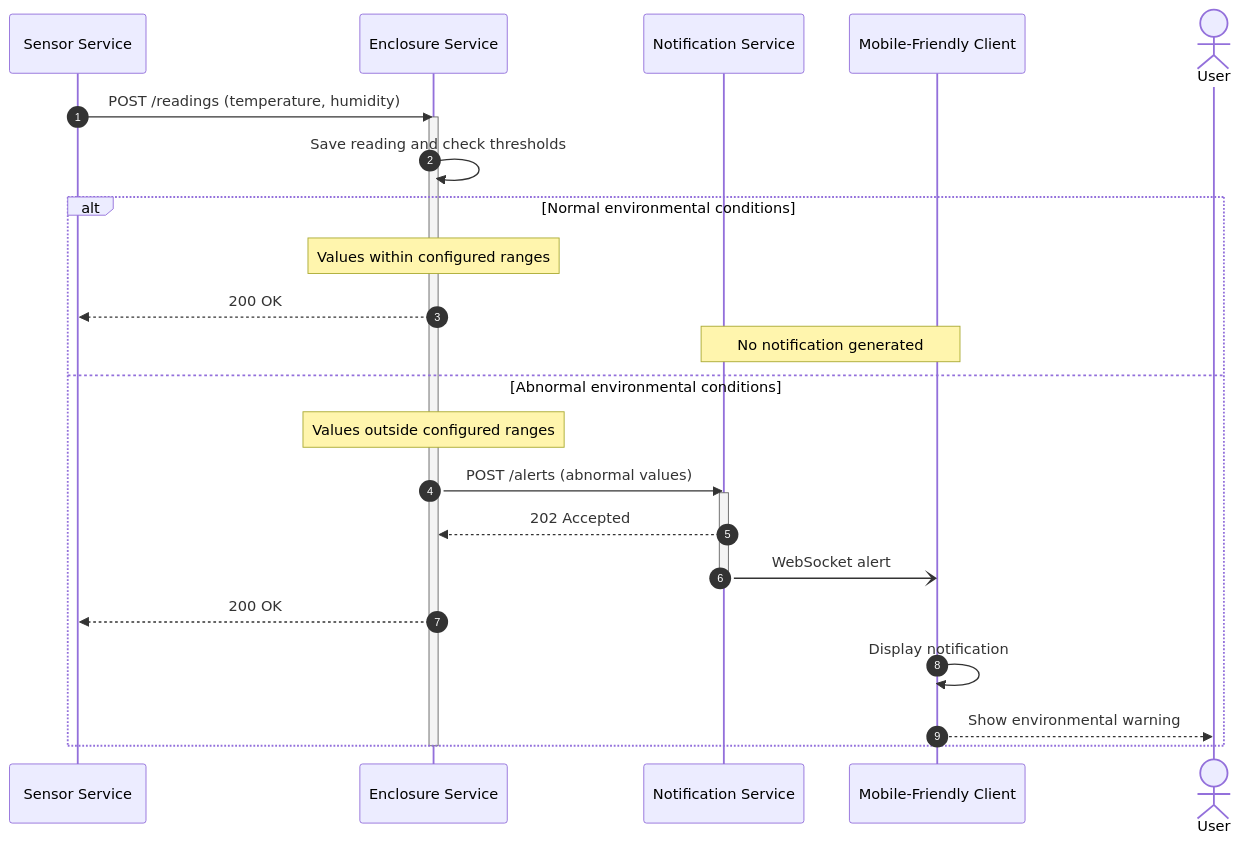
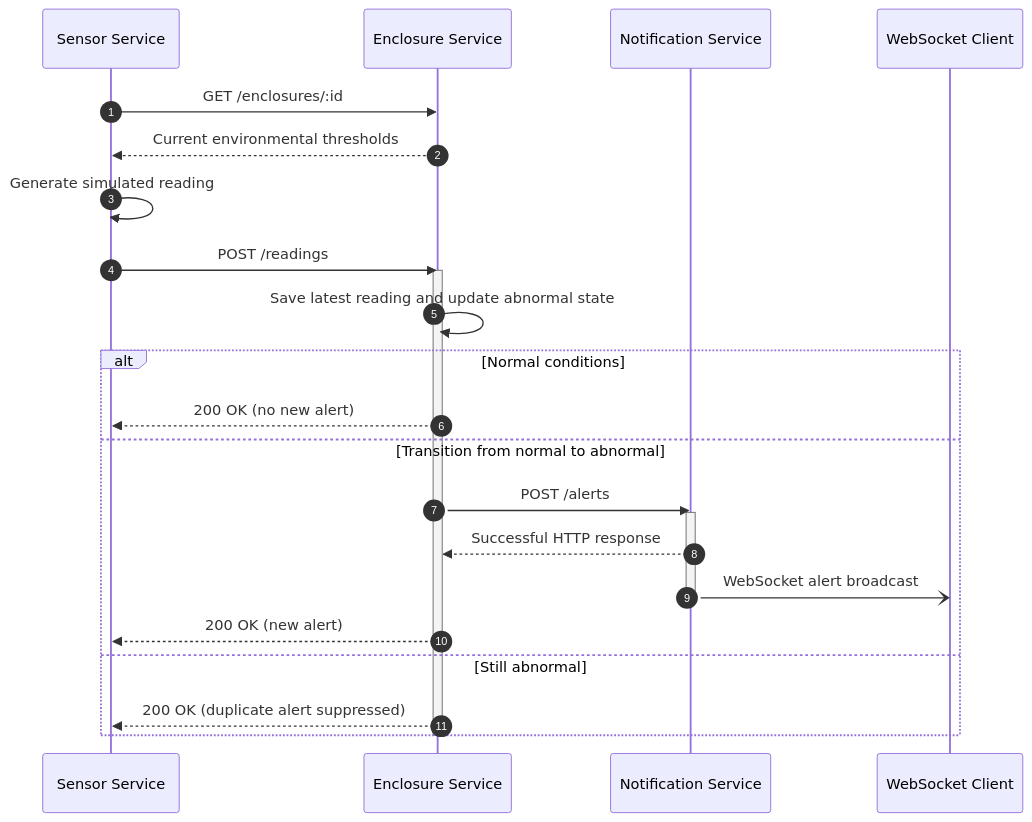
The third of 3 diagrams in docs/architecture.md (HugoLugo/exotic-pet-keeper-programming5), drawn with Mermaid before and after one commit. The commit also changed other lines of this file and 3 other files, not shown here.

Commit message:
Add Sensor Service and update architecture documentation

````diff
--- a/docs/architecture.md
+++ b/docs/architecture.md
@@ -281,36 +287,30 @@
 ```mermaid
 sequenceDiagram
     autonumber
 
     participant Sensor as Sensor Service
     participant Enclosure as Enclosure Service
     participant Notification as Notification Service
-    participant App as Mobile-Friendly Client
-    actor User
+    participant App as WebSocket Client
 
-    Sensor->>Enclosure: POST /readings (temperature, humidity)
+    Sensor->>Enclosure: GET /enclosures/:id
+    Enclosure-->>Sensor: Current environmental thresholds
+    Sensor->>Sensor: Generate simulated reading
+    Sensor->>Enclosure: POST /readings
     activate Enclosure
+    Enclosure->>Enclosure: Save latest reading and update abnormal state
 
-    Enclosure->>Enclosure: Save reading and check thresholds
-
-    alt Normal environmental conditions
-        Note over Enclosure: Values within configured ranges
-        Enclosure-->>Sensor: 200 OK
-        Note over Notification,App: No notification generated
-
-    else Abnormal environmental conditions
-        Note over Enclosure: Values outside configured ranges
-        Enclosure->>Notification: POST /alerts (abnormal values)
+    alt Normal conditions
+        Enclosure-->>Sensor: 200 OK (no new alert)
+    else Transition from normal to abnormal
+        Enclosure->>Notification: POST /alerts
         activate Notification
-
-        Notification-->>Enclosure: 202 Accepted
-        Notification-)App: WebSocket alert
+        Notification-->>Enclosure: Successful HTTP response
+        Notification-)App: WebSocket alert broadcast
         deactivate Notification
-
-        Enclosure-->>Sensor: 200 OK
-        App->>App: Display notification
-        App-->>User: Show environmental warning
+        Enclosure-->>Sensor: 200 OK (new alert)
+    else Still abnormal
+        Enclosure-->>Sensor: 200 OK (duplicate alert suppressed)
     end
-
     deactivate Enclosure
 ```
````
